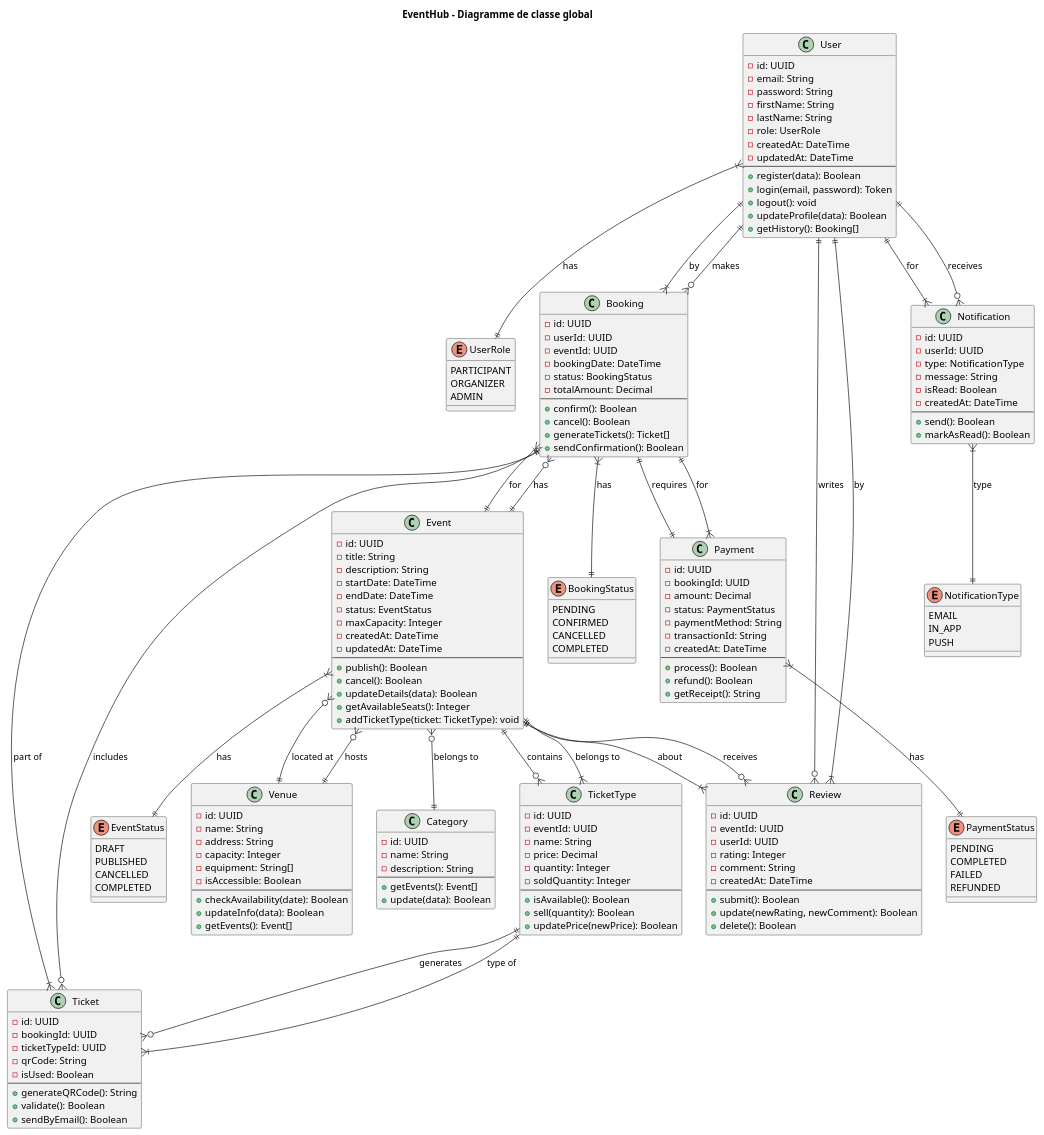
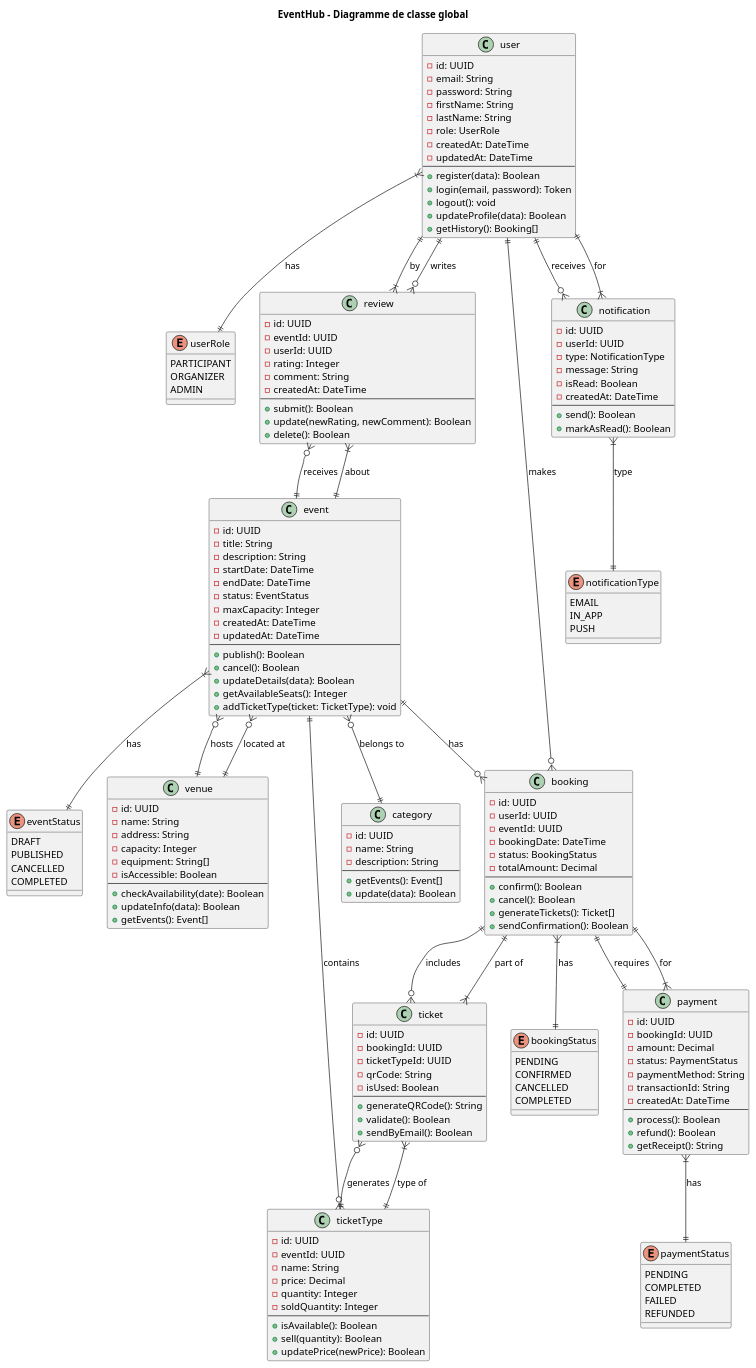
One commit to Vaalley/eventhub changed the diagram in training/methodologie1/diagramme classe global.md. Above: the diagram before and after it, drawn with PlantUML. The commit also changed 1 other file, not shown here.

Commit message:
♻️ refactor: standardize entity naming to lowercase
- Changed all entity and enum class names to lowercase for consistency (User -> user, Event -> event, etc.)
- Simplified relationship lines by removing redundant connections between entities
- Renamed file from "diagramme modèle entité relation" to "modèle entité relation" for clarity
- Updated title header to match new file name convention
- Maintained all entity relationships and attributes while standardizing naming format

````diff
--- a/training/methodologie1/diagramme classe global.md
+++ b/training/methodologie1/diagramme classe global.md
@@ -7,7 +7,7 @@
 title EventHub - Diagramme de classe global
 
 ' --- Utilisateurs ---
-class User {
+class user {
   -id: UUID
   -email: String
   -password: String
@@ -24,14 +24,14 @@
   +getHistory(): Booking[]
 }
 
-enum UserRole {
+enum userRole {
   PARTICIPANT
   ORGANIZER
   ADMIN
 }
 
 ' --- Événements ---
-class Event {
+class event {
   -id: UUID
   -title: String
   -description: String
@@ -49,7 +49,7 @@
   +addTicketType(ticket: TicketType): void
 }
 
-enum EventStatus {
+enum eventStatus {
   DRAFT
   PUBLISHED
   CANCELLED
@@ -57,7 +57,7 @@
 }
 
 ' --- Lieux ---
-class Venue {
+class venue {
   -id: UUID
   -name: String
   -address: String
@@ -71,7 +71,7 @@
 }
 
 ' --- Types de billets ---
-class TicketType {
+class ticketType {
   -id: UUID
   -eventId: UUID
   -name: String
@@ -85,7 +85,7 @@
 }
 
 ' --- Réservations ---
-class Booking {
+class booking {
   -id: UUID
   -userId: UUID
   -eventId: UUID
@@ -99,7 +99,7 @@
   +sendConfirmation(): Boolean
 }
 
-enum BookingStatus {
+enum bookingStatus {
   PENDING
   CONFIRMED
   CANCELLED
@@ -107,7 +107,7 @@
 }
 
 ' --- Billets ---
-class Ticket {
+class ticket {
   -id: UUID
   -bookingId: UUID
   -ticketTypeId: UUID
@@ -120,7 +120,7 @@
 }
 
 ' --- Évaluations ---
-class Review {
+class review {
   -id: UUID
   -eventId: UUID
   -userId: UUID
@@ -134,7 +134,7 @@
 }
 
 ' --- Catégories ---
-class Category {
+class category {
   -id: UUID
   -name: String
   -description: String
@@ -144,7 +144,7 @@
 }
 
 ' --- Notifications ---
-class Notification {
+class notification {
   -id: UUID
   -userId: UUID
   -type: NotificationType
@@ -156,14 +156,14 @@
   +markAsRead(): Boolean
 }
 
-enum NotificationType {
+enum notificationType {
   EMAIL
   IN_APP
   PUSH
 }
 
 ' --- Paiements ---
-class Payment {
+class payment {
   -id: UUID
   -bookingId: UUID
   -amount: Decimal
@@ -177,7 +177,7 @@
   +getReceipt(): String
 }
 
-enum PaymentStatus {
+enum paymentStatus {
   PENDING
   COMPLETED
   FAILED
@@ -185,40 +185,37 @@
 }
 
 ' --- Relations ---
-User ||--o{ Booking : makes
-User ||--o{ Review : writes
-User ||--o{ Notification : receives
-User }|--|| UserRole : has
+user ||--o{ booking : makes
+user ||--o{ review : writes
+user ||--o{ notification : receives
+user }|--|| userRole : has
 
-Event ||--o{ TicketType : contains
-Event ||--o{ Booking : has
-Event ||--o{ Review : receives
-Event }|--|| EventStatus : has
-Event }o--|| Venue : located at
-Event }o--|| Category : belongs to
+event ||--o{ ticketType : contains
+event ||--o{ booking : has
+event ||--o{ review : receives
+event }|--|| eventStatus : has
+event }o--|| venue : located at
+event }o--|| category : belongs to
 
-Venue ||--o{ Event : hosts
+venue ||--o{ event : hosts
 
-TicketType ||--o{ Ticket : generates
-TicketType }|--|| Event : belongs to
+ticketType ||--o{ ticket : generates
 
-Booking ||--o{ Ticket : includes
-Booking ||--|| Payment : requires
-Booking }|--|| BookingStatus : has
-Booking }|--|| Event : for
-Booking }|--|| User : by
+booking ||--o{ ticket : includes
+booking ||--|| payment : requires
+booking }|--|| bookingStatus : has
 
-Ticket }|--|| TicketType : type of
-Ticket }|--|| Booking : part of
+ticket }|--|| ticketType : type of
+ticket }|--|| booking : part of
 
-Review }|--|| Event : about
-Review }|--|| User : by
+review }|--|| event : about
+review }|--|| user : by
 
-Notification }|--|| User : for
-Notification }|--|| NotificationType : type
+notification }|--|| user : for
+notification }|--|| notificationType : type
 
-Payment }|--|| Booking : for
-Payment }|--|| PaymentStatus : has
+payment }|--|| booking : for
+payment }|--|| paymentStatus : has
 
 @enduml
 ```
````
